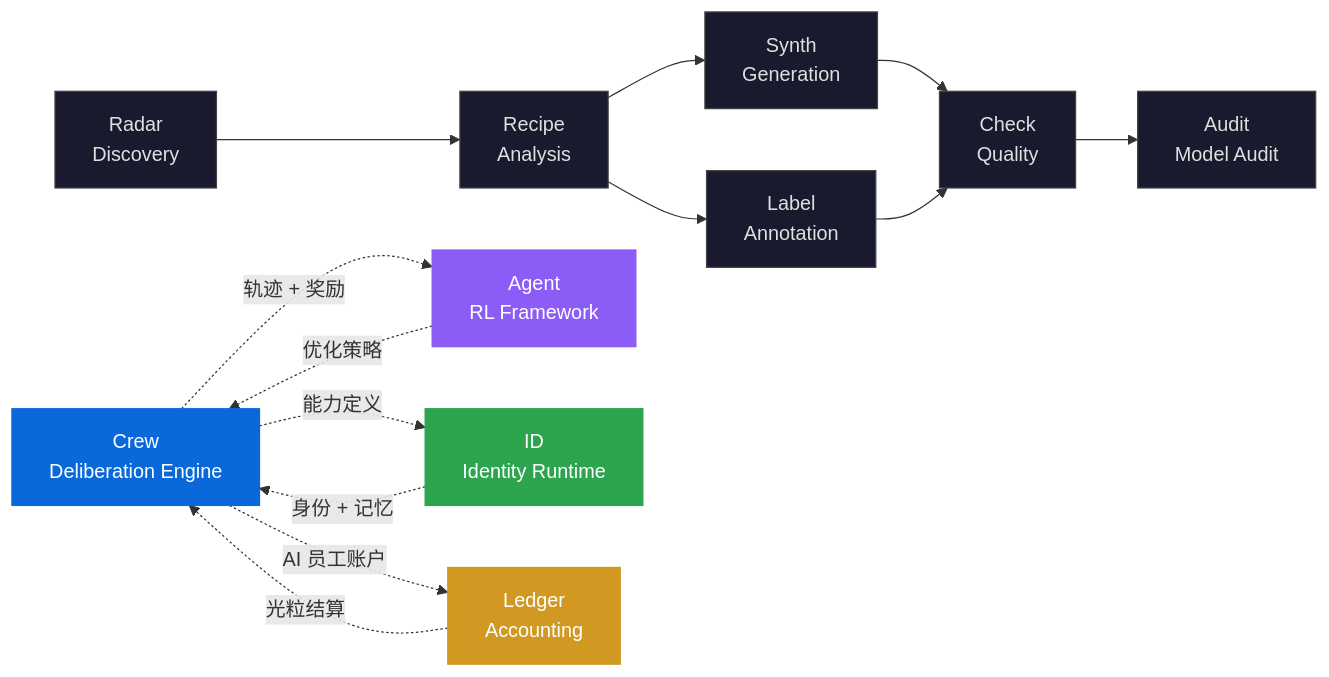
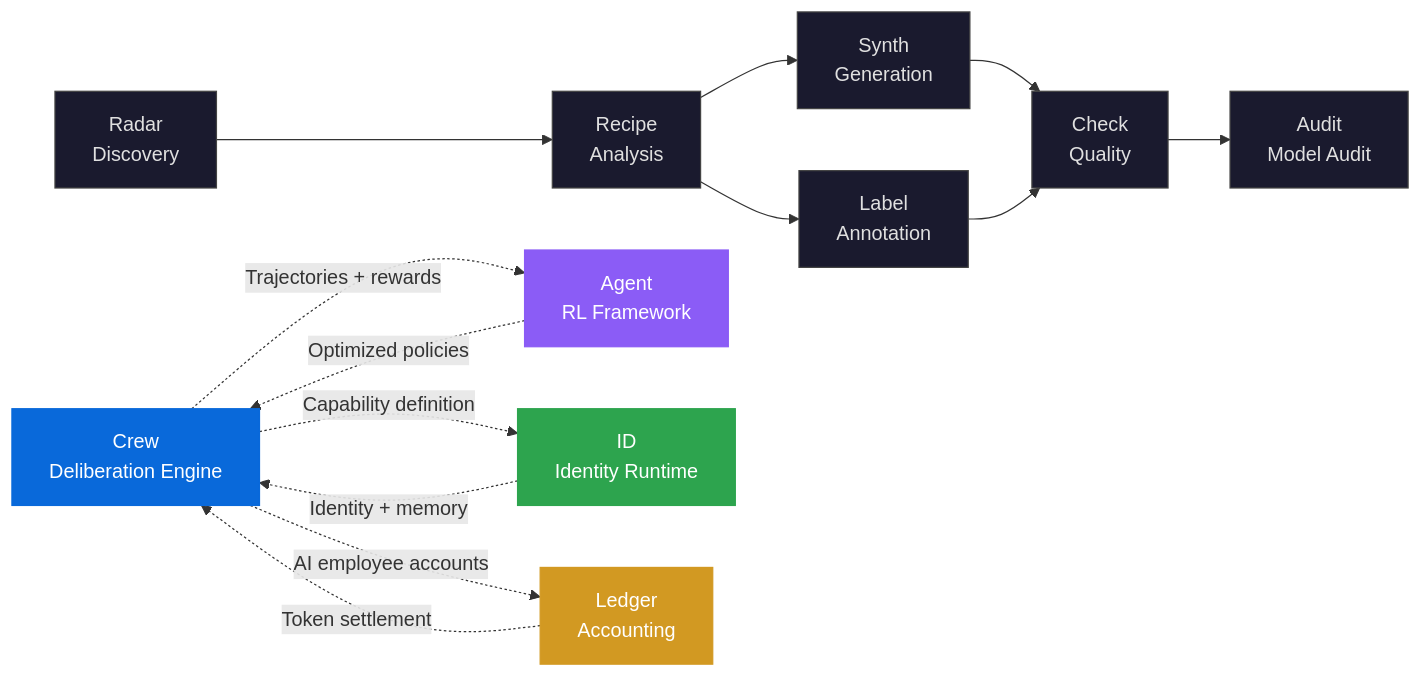
One commit to liuxiaotong/knowlyr-crew changed the third of 3 diagrams in README.md. Above: the diagram before and after it, drawn with Mermaid. The commit also changed other lines of this file and 1 other file, not shown here.

First line of the commit message:
docs: 重写 README——Agent Paradox 叙事框架

````diff
--- a/README.md
+++ b/README.md
@@ -1022,30 +1168,30 @@
 ```mermaid
 graph LR
     Radar["Radar<br/>Discovery"] --> Recipe["Recipe<br/>Analysis"]
     Recipe --> Synth["Synth<br/>Generation"]
     Recipe --> Label["Label<br/>Annotation"]
     Synth --> Check["Check<br/>Quality"]
     Label --> Check
     Check --> Audit["Audit<br/>Model Audit"]
     Crew["Crew<br/>Deliberation Engine"]
     Agent["Agent<br/>RL Framework"]
     ID["ID<br/>Identity Runtime"]
-    Crew -.->|能力定义| ID
-    ID -.->|身份 + 记忆| Crew
-    Crew -.->|轨迹 + 奖励| Agent
-    Agent -.->|优化策略| Crew
+    Crew -.->|Capability definition| ID
+    ID -.->|Identity + memory| Crew
+    Crew -.->|Trajectories + rewards| Agent
+    Agent -.->|Optimized policies| Crew
     Ledger["Ledger<br/>Accounting"]
-    Crew -.->|AI 员工账户| Ledger
-    Ledger -.->|光粒结算| Crew
+    Crew -.->|AI employee accounts| Ledger
+    Ledger -.->|Token settlement| Crew
 
     style Crew fill:#0969da,color:#fff,stroke:#0969da
     style Ledger fill:#d29922,color:#fff,stroke:#d29922
     style ID fill:#2da44e,color:#fff,stroke:#2da44e
     style Agent fill:#8b5cf6,color:#fff,stroke:#8b5cf6
     style Radar fill:#1a1a2e,color:#e0e0e0,stroke:#444
     style Recipe fill:#1a1a2e,color:#e0e0e0,stroke:#444
     style Synth fill:#1a1a2e,color:#e0e0e0,stroke:#444
     style Label fill:#1a1a2e,color:#e0e0e0,stroke:#444
     style Check fill:#1a1a2e,color:#e0e0e0,stroke:#444
     style Audit fill:#1a1a2e,color:#e0e0e0,stroke:#444
 ```
````
